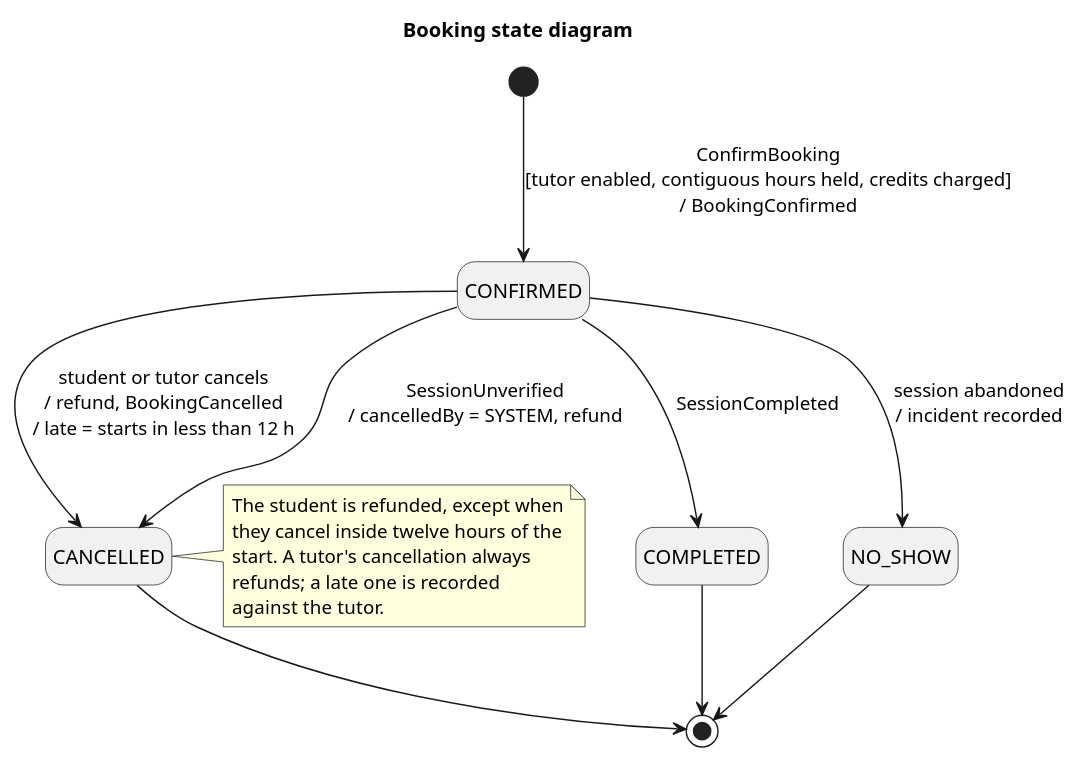
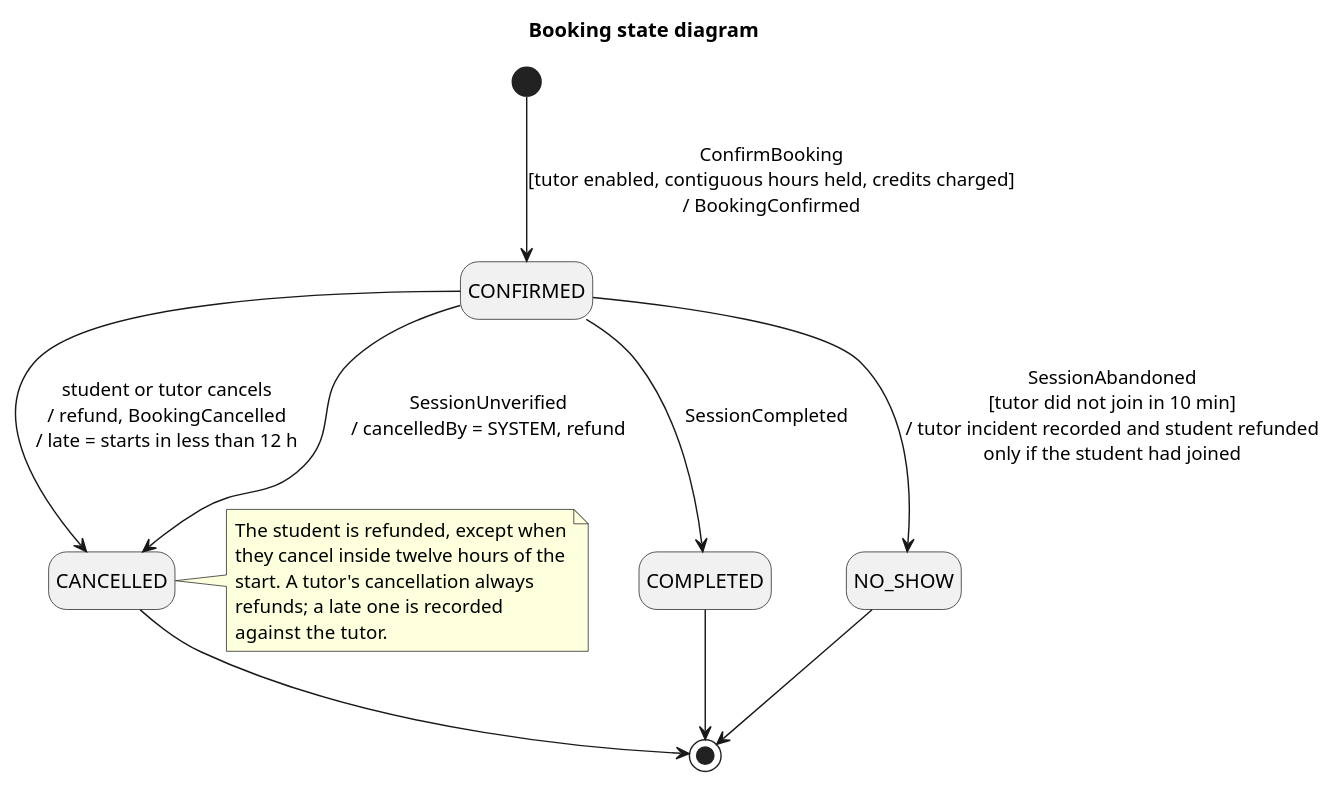
Before and after one commit to ayni-team/ayni: the diagram in docs/architecture/uml/state-booking.puml, drawn with PlantUML. The commit also changed 3 other files, not shown here.

First line of the commit message:
docs: describe the tutor no-show rule, its job and who listens to SessionAbandoned

```diff
--- a/docs/architecture/uml/state-booking.puml
+++ b/docs/architecture/uml/state-booking.puml
@@ -1,23 +1,23 @@
 @startuml state-booking
 title Booking state diagram
 hide empty description
 
 [*] --> CONFIRMED : ConfirmBooking\n[tutor enabled, contiguous hours held, credits charged]\n/ BookingConfirmed
 
 CONFIRMED --> CANCELLED : student or tutor cancels\n/ refund, BookingCancelled\n/ late = starts in less than 12 h
 CONFIRMED --> CANCELLED : SessionUnverified\n/ cancelledBy = SYSTEM, refund
 CONFIRMED --> COMPLETED : SessionCompleted
-CONFIRMED --> NO_SHOW : session abandoned\n/ incident recorded
+CONFIRMED --> NO_SHOW : SessionAbandoned\n[tutor did not join in 10 min]\n/ tutor incident recorded and student refunded\nonly if the student had joined
 
 CANCELLED --> [*]
 COMPLETED --> [*]
 NO_SHOW --> [*]
 
 note right of CANCELLED
   The student is refunded, except when
   they cancel inside twelve hours of the
   start. A tutor's cancellation always
   refunds; a late one is recorded
   against the tutor.
 end note
 @enduml
```
